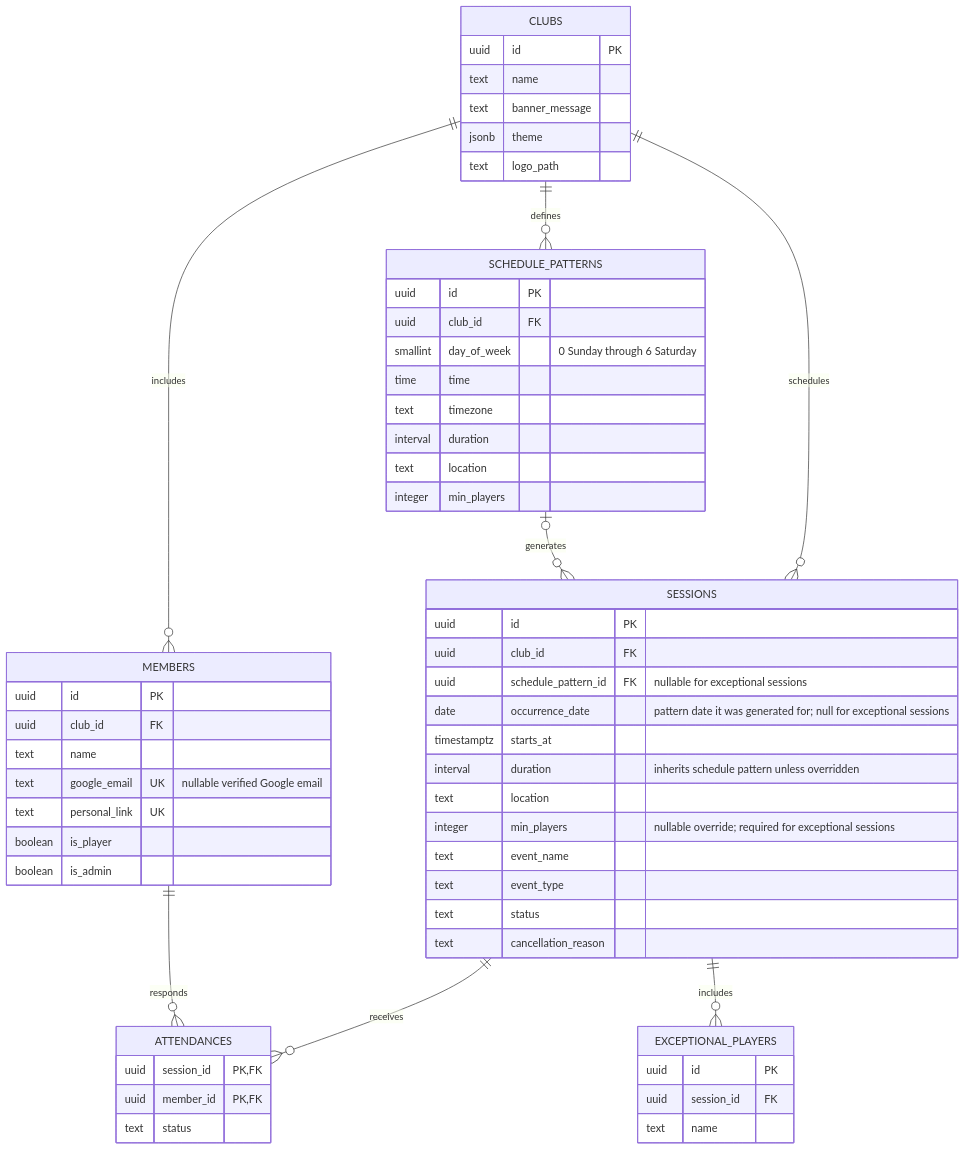
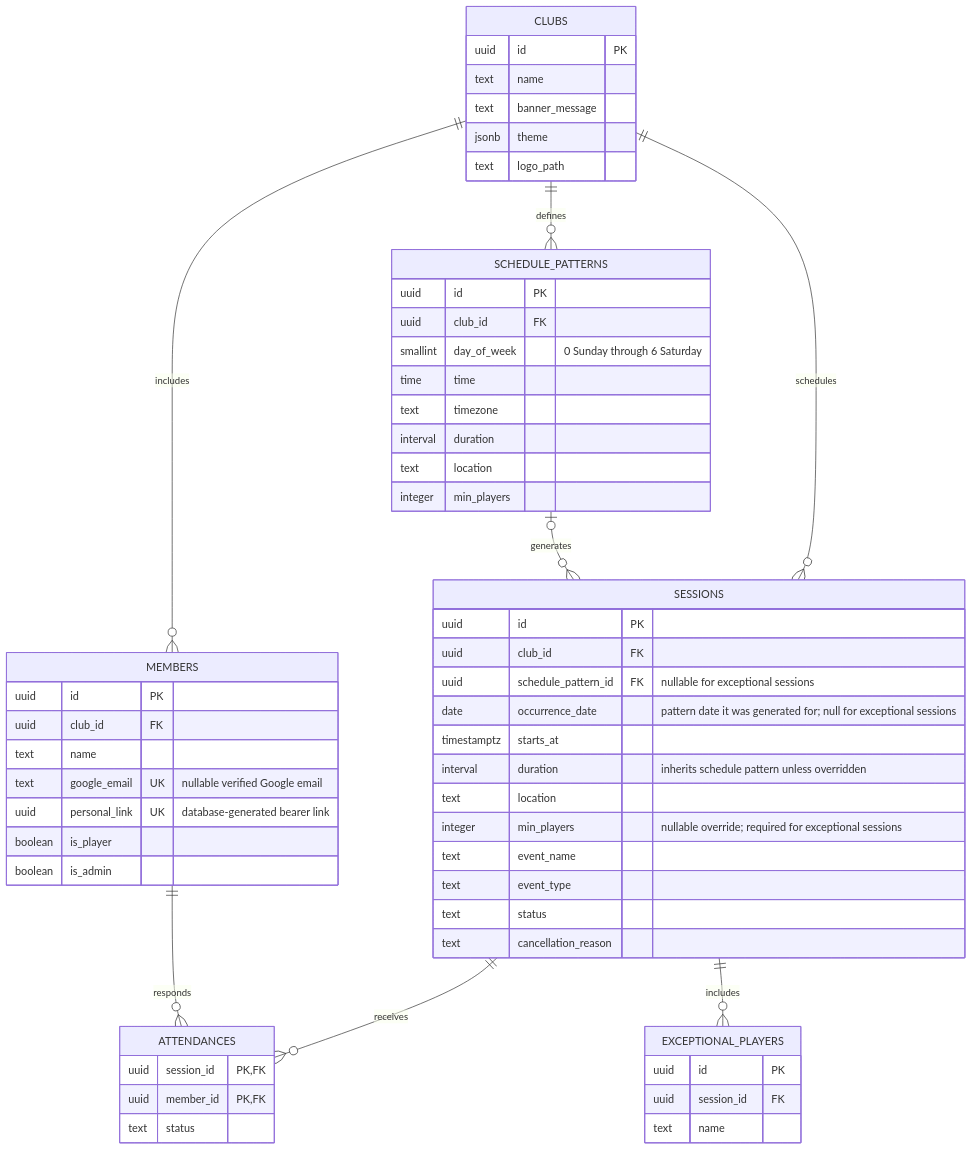
The diagram in documentation/PlayCount_Functional_Requirements_Final.md (mikebarais/playcount), drawn with Mermaid before and after one commit. The commit also changed other lines of this file and 4 other files, not shown here.

Commit message:
Store personal links as generated UUIDs

````diff
--- a/documentation/PlayCount_Functional_Requirements_Final.md
+++ b/documentation/PlayCount_Functional_Requirements_Final.md
@@ -181,66 +181,66 @@
 ```mermaid
 erDiagram
 	CLUBS {
 		uuid id PK
 		text name
 		text banner_message
 		jsonb theme
 		text logo_path
 	}
 
 	MEMBERS {
 		uuid id PK
 		uuid club_id FK
 		text name
 		text google_email UK "nullable verified Google email"
-		text personal_link UK
+		uuid personal_link UK "database-generated bearer link"
 		boolean is_player
 		boolean is_admin
 	}
 
 	SCHEDULE_PATTERNS {
 		uuid id PK
 		uuid club_id FK
 		smallint day_of_week "0 Sunday through 6 Saturday"
 		time time
 		text timezone
 		interval duration
 		text location
 		integer min_players
 	}
 
 	SESSIONS {
 		uuid id PK
 		uuid club_id FK
 		uuid schedule_pattern_id FK "nullable for exceptional sessions"
 		date occurrence_date "pattern date it was generated for; null for exceptional sessions"
 		timestamptz starts_at
 		interval duration "inherits schedule pattern unless overridden"
 		text location
 		integer min_players "nullable override; required for exceptional sessions"
 		text event_name
 		text event_type
 		text status
 		text cancellation_reason
 	}
 
 	ATTENDANCES {
 		uuid session_id PK, FK
 		uuid member_id PK, FK
 		text status
 	}
 
 	EXCEPTIONAL_PLAYERS {
 		uuid id PK
 		uuid session_id FK
 		text name
 	}
 
 	CLUBS ||--o{ MEMBERS : includes
 	CLUBS ||--o{ SCHEDULE_PATTERNS : defines
 	SCHEDULE_PATTERNS o|--o{ SESSIONS : generates
 	CLUBS ||--o{ SESSIONS : schedules
 	SESSIONS ||--o{ ATTENDANCES : receives
 	MEMBERS ||--o{ ATTENDANCES : responds
 	SESSIONS ||--o{ EXCEPTIONAL_PLAYERS : includes
 ```
````
